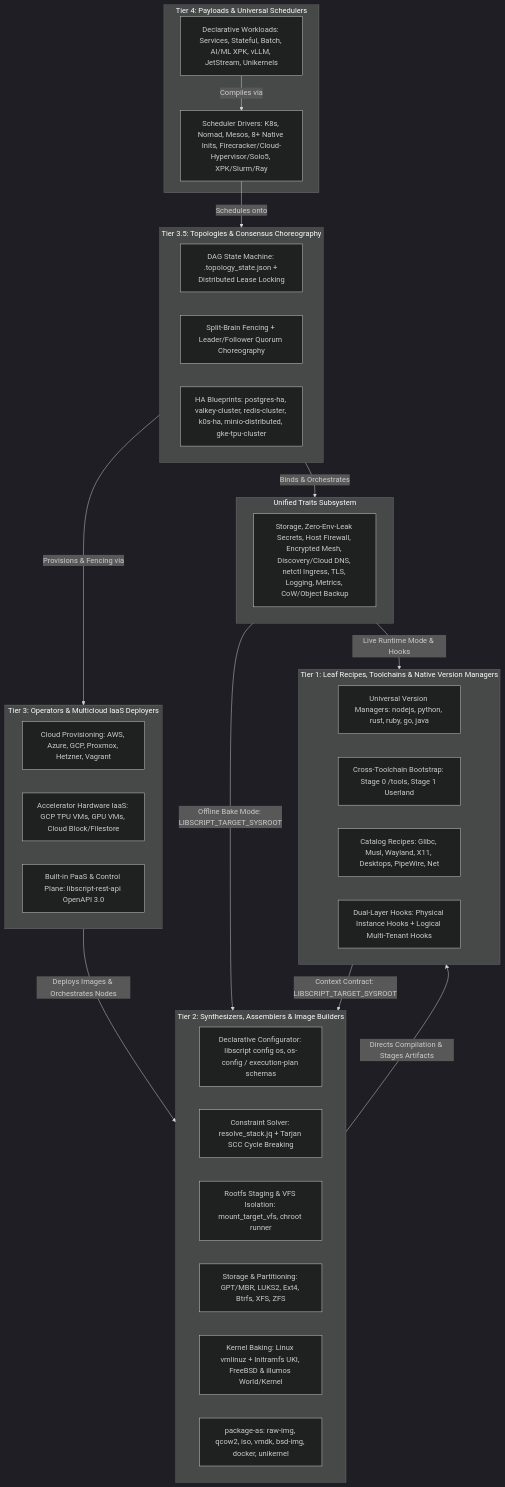
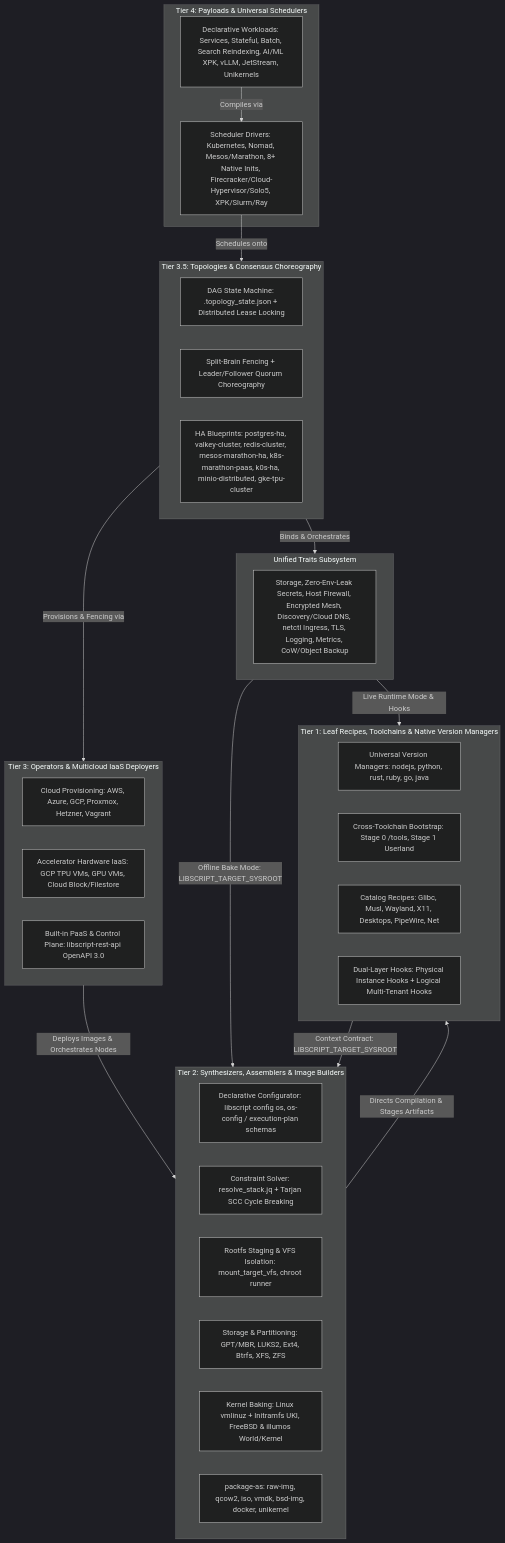
One commit to SamuelMarks/libscript changed the second of 8 diagrams in ARCHITECTURE.md. Above: the diagram before and after it, drawn with Mermaid (dark theme). The commit also changed other lines of this file and 3561 other files, not shown here.

````diff
--- a/ARCHITECTURE.md
+++ b/ARCHITECTURE.md
@@ -50,49 +58,49 @@
 ```mermaid
 flowchart TD
     subgraph Tier4[Tier 4: Payloads & Universal Schedulers]
-        Payloads[Declarative Workloads: Services, Stateful, Batch, AI/ML XPK, vLLM, JetStream, Unikernels]
-        Schedulers[Scheduler Drivers: K8s, Nomad, Mesos, 8+ Native Inits, Firecracker/Cloud-Hypervisor/Solo5, XPK/Slurm/Ray]
+        Payloads[Declarative Workloads: Services, Stateful, Batch, Search Reindexing, AI/ML XPK, vLLM, JetStream, Unikernels]
+        Schedulers[Scheduler Drivers: Kubernetes, Nomad, Mesos/Marathon, 8+ Native Inits, Firecracker/Cloud-Hypervisor/Solo5, XPK/Slurm/Ray]
     end
 
     subgraph Tier35[Tier 3.5: Topologies & Consensus Choreography]
         StateMachine[DAG State Machine: .topology_state.json + Distributed Lease Locking]
         Fencing[Split-Brain Fencing + Leader/Follower Quorum Choreography]
-        Blueprints[HA Blueprints: postgres-ha, valkey-cluster, redis-cluster, k0s-ha, minio-distributed, gke-tpu-cluster]
+        Blueprints[HA Blueprints: postgres-ha, valkey-cluster, redis-cluster, mesos-marathon-ha, k8s-marathon-paas, k0s-ha, minio-distributed, gke-tpu-cluster]
     end
 
     subgraph Traits[Unified Traits Subsystem]
         NodeTraits[Storage, Zero-Env-Leak Secrets, Host Firewall, Encrypted Mesh, Discovery/Cloud DNS, netctl Ingress, TLS, Logging, Metrics, CoW/Object Backup]
     end
 
     subgraph Tier3[Tier 3: Operators & Multicloud IaaS Deployers]
         CloudOps[Cloud Provisioning: AWS, Azure, GCP, Proxmox, Hetzner, Vagrant]
         AccelIaaS[Accelerator Hardware IaaS: GCP TPU VMs, GPU VMs, Cloud Block/Filestore]
         PaaSOps[Built-in PaaS & Control Plane: libscript-rest-api OpenAPI 3.0]
     end
 
     subgraph Tier2[Tier 2: Synthesizers, Assemblers & Image Builders]
         ConfigEngine[Declarative Configurator: libscript config os, os-config / execution-plan schemas]
         Solver[Constraint Solver: resolve_stack.jq + Tarjan SCC Cycle Breaking]
         RootfsEngine[Rootfs Staging & VFS Isolation: mount_target_vfs, chroot runner]
         StorageEngine[Storage & Partitioning: GPT/MBR, LUKS2, Ext4, Btrfs, XFS, ZFS]
         KernelEngine[Kernel Baking: Linux vmlinuz + Initramfs UKI, FreeBSD & illumos World/Kernel]
         Packager[package-as: raw-img, qcow2, iso, vmdk, bsd-img, docker, unikernel]
     end
 
     subgraph Tier1[Tier 1: Leaf Recipes, Toolchains & Native Version Managers]
         VersionManagers[Universal Version Managers: nodejs, python, rust, ruby, go, java]
         ToolchainBootstrap[Cross-Toolchain Bootstrap: Stage 0 /tools, Stage 1 Userland]
         BaseCatalogs[Catalog Recipes: Glibc, Musl, Wayland, X11, Desktops, PipeWire, Net]
         LifecycleHooks[Dual-Layer Hooks: Physical Instance Hooks + Logical Multi-Tenant Hooks]
     end
 
     Payloads -->|Compiles via| Schedulers
     Schedulers -->|Schedules onto| Tier35
     Tier35 -->|Provisions & Fencing via| Tier3
     Tier35 -->|Binds & Orchestrates| Traits
     Traits -->|Offline Bake Mode: LIBSCRIPT_TARGET_SYSROOT| Tier2
     Traits -->|Live Runtime Mode & Hooks| Tier1
     Tier3 -->|Deploys Images & Orchestrates Nodes| Tier2
     Tier2 -->|Directs Compilation & Stages Artifacts| Tier1
     Tier1 -->|Context Contract: LIBSCRIPT_TARGET_SYSROOT| Tier2
 ```
````
